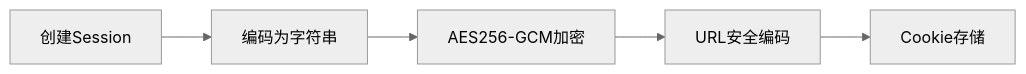
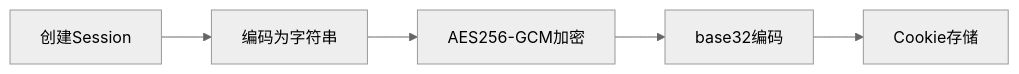
The first of 2 diagrams in README.md (qiulaidongfeng/safesession), drawn with Mermaid (neutral theme) before and after one commit. The commit also changed other lines of this file and 2 other files, not shown here.

````diff
--- a/README.md
+++ b/README.md
@@ -22,7 +26,7 @@
 ```mermaid
 graph LR
     A[创建Session] --> B[编码为字符串]
     B --> C[AES256-GCM加密]
-    C --> D[URL安全编码]
+    C --> D[base32编码]
     D --> E[Cookie存储]
 ```
````
